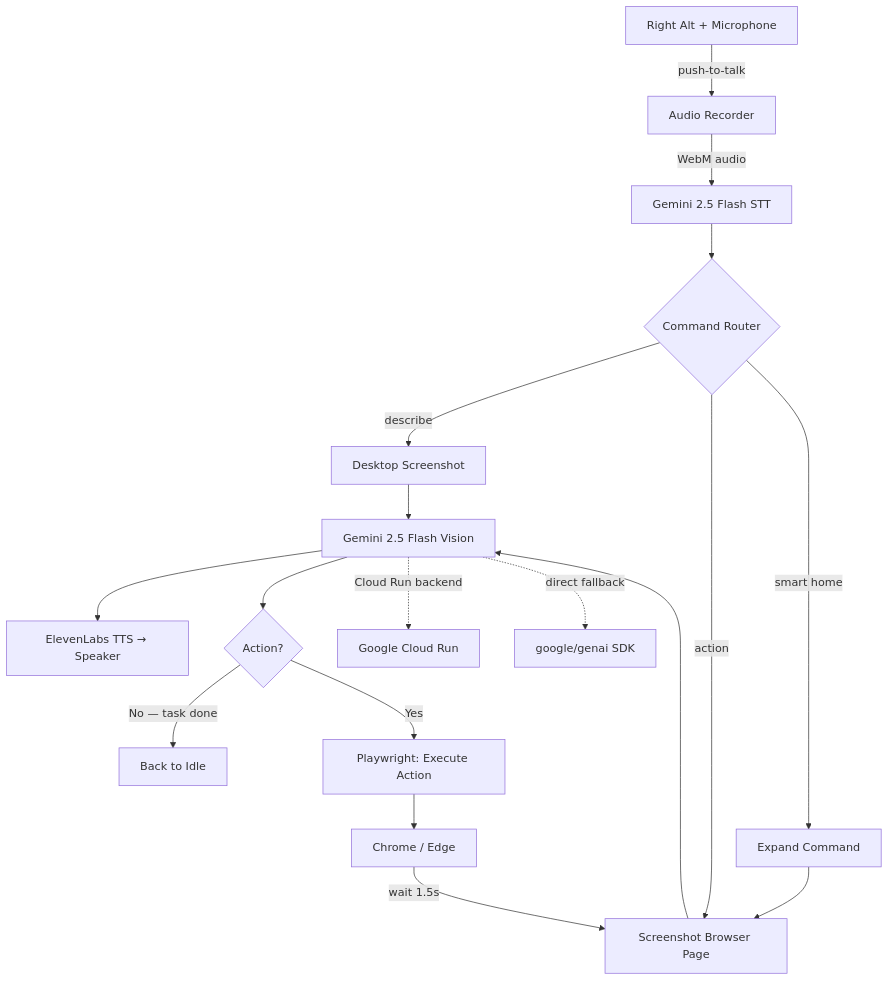
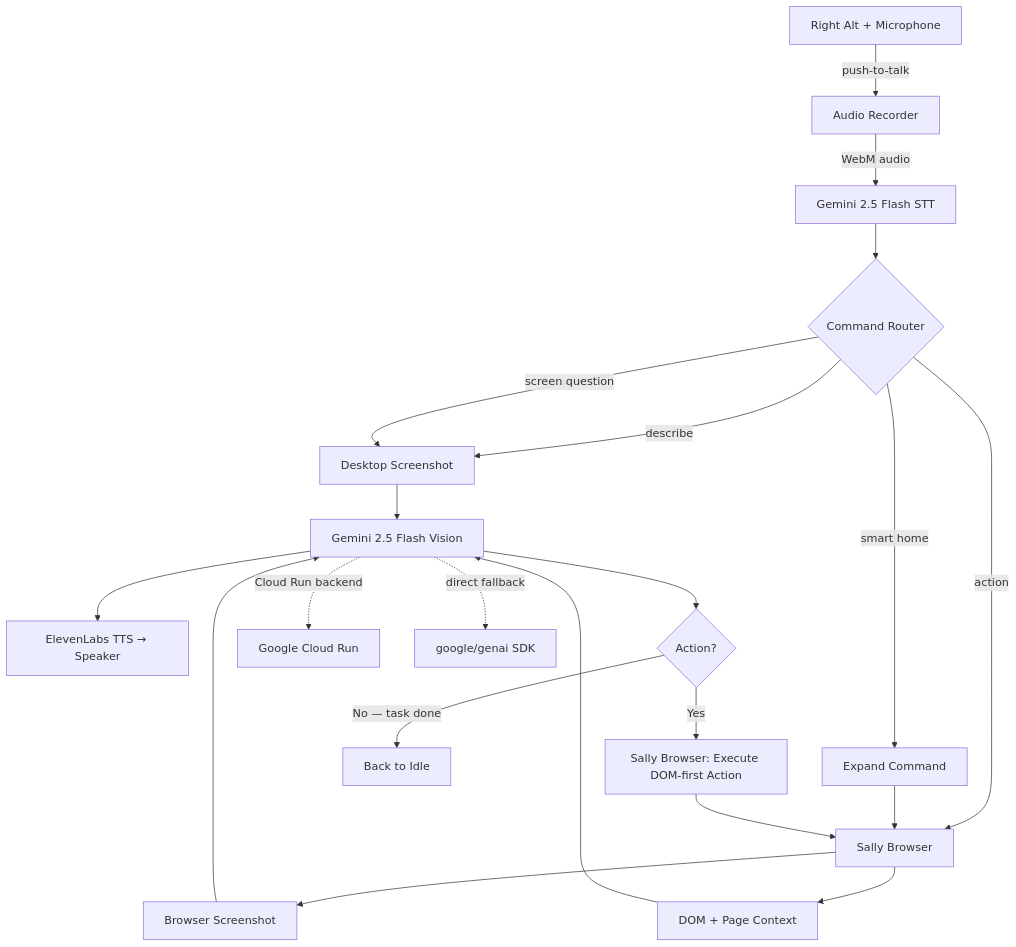
One commit to Manoj7ar/Sally changed the diagram in README.md. Above: the diagram before and after it, drawn with Mermaid. The commit also changed other lines of this file and 21 other files, not shown here.

Commit message:
Replace browser automation with Sally browser runtime

````diff
--- a/README.md
+++ b/README.md
@@ -61,23 +66,26 @@
 ```mermaid
 graph TD
     A[Right Alt + Microphone] -->|push-to-talk| B[Audio Recorder]
     B -->|WebM audio| C[Gemini 2.5 Flash STT]
     C --> D{Command Router}
 
     D -->|describe| E[Desktop Screenshot]
-    D -->|action| SHOT
-    D -->|smart home| EXPAND[Expand Command] --> SHOT
+    D -->|screen question| E
+    D -->|action| SB
+    D -->|smart home| EXPAND[Expand Command] --> SB
 
     E --> GEMINI[Gemini 2.5 Flash Vision]
-    SHOT[Screenshot Browser Page] --> GEMINI
+    SB[Sally Browser] --> SHOT[Browser Screenshot]
+    SB --> CTX[DOM + Page Context]
+    SHOT --> GEMINI
+    CTX --> GEMINI
 
     GEMINI --> TTS[ElevenLabs TTS → Speaker]
     GEMINI --> CHECK{Action?}
     CHECK -->|No — task done| IDLE[Back to Idle]
-    CHECK -->|Yes| EXEC[Playwright: Execute Action]
-    EXEC --> BROWSER[Chrome / Edge]
-    BROWSER -->|wait 1.5s| SHOT
+    CHECK -->|Yes| EXEC[Sally Browser: Execute DOM-first Action]
+    EXEC --> SB
 
     GEMINI -.->|Cloud Run backend| CR[Google Cloud Run]
     GEMINI -.->|direct fallback| SDK[google/genai SDK]
 ```
````
